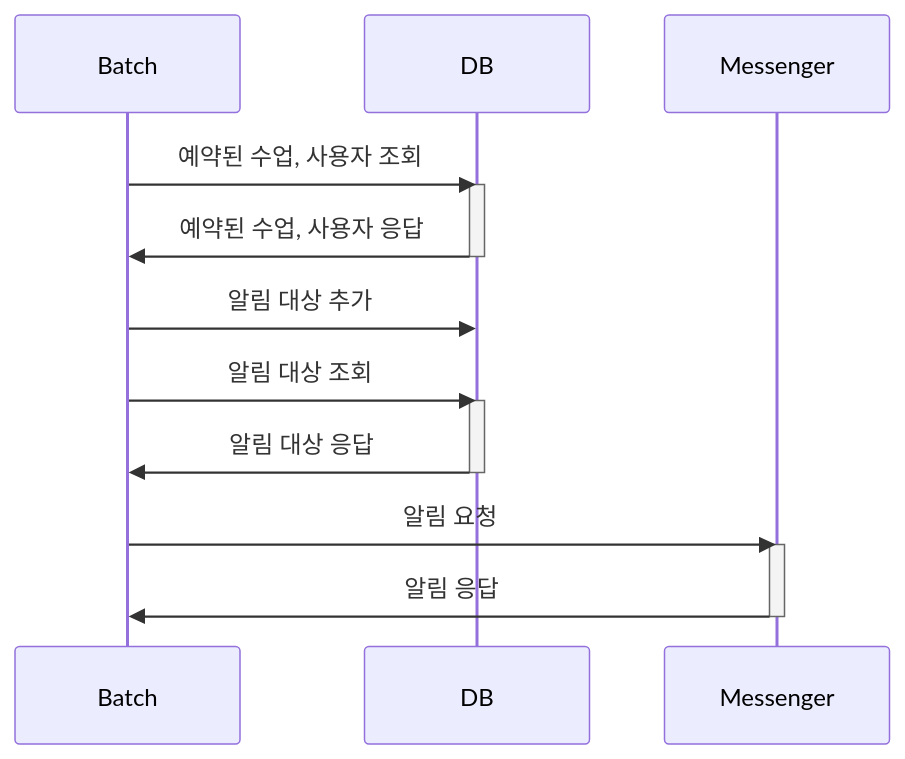
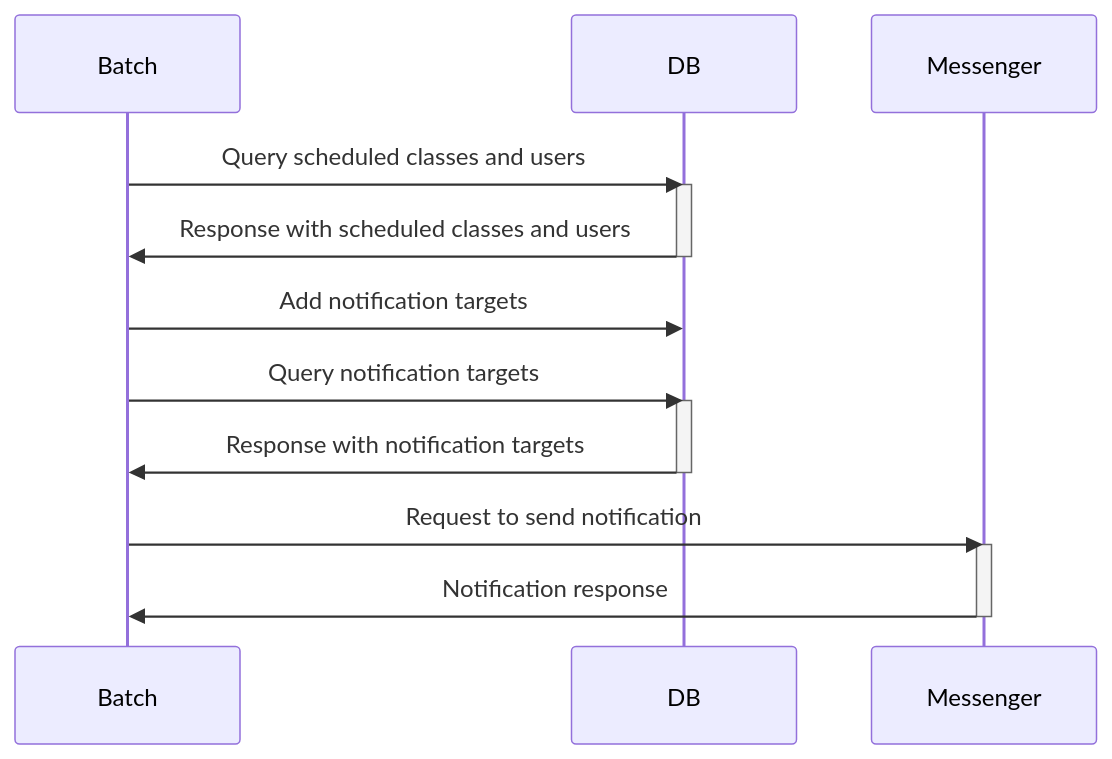
Before and after one commit to KyleKim107/ticket-batch: the third of 4 diagrams in README.md, drawn with Mermaid. The commit also changed other lines of this file, not shown here.

````diff
--- a/README.md
+++ b/README.md
@@ -46,20 +48,21 @@
 ```mermaid
 sequenceDiagram
     participant Batch
     participant DB
     participant Messenger
-    Batch->>DB: 예약된 수업, 사용자 조회
+    Batch->>DB: Query scheduled classes and users
     activate DB
-    DB->>Batch: 예약된 수업, 사용자 응답
+    DB->>Batch: Response with scheduled classes and users
     deactivate DB
-    Batch->>DB: 알림 대상 추가
+    Batch->>DB: Add notification targets
     
-    Batch->>DB: 알림 대상 조회
+    Batch->>DB: Query notification targets
     activate DB
-    DB->>Batch: 알림 대상 응답
+    DB->>Batch: Response with notification targets
     deactivate DB
-    Batch->>Messenger: 알림 요청
+    Batch->>Messenger: Request to send notification
     activate Messenger
-    Messenger->>Batch: 알림 응답
+    Messenger->>Batch: Notification response
     deactivate Messenger
+
 ```
````
